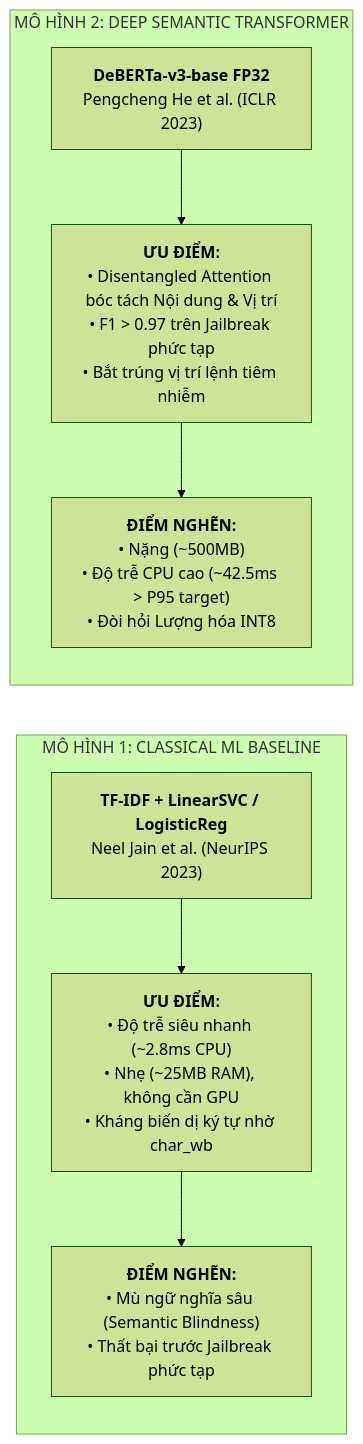
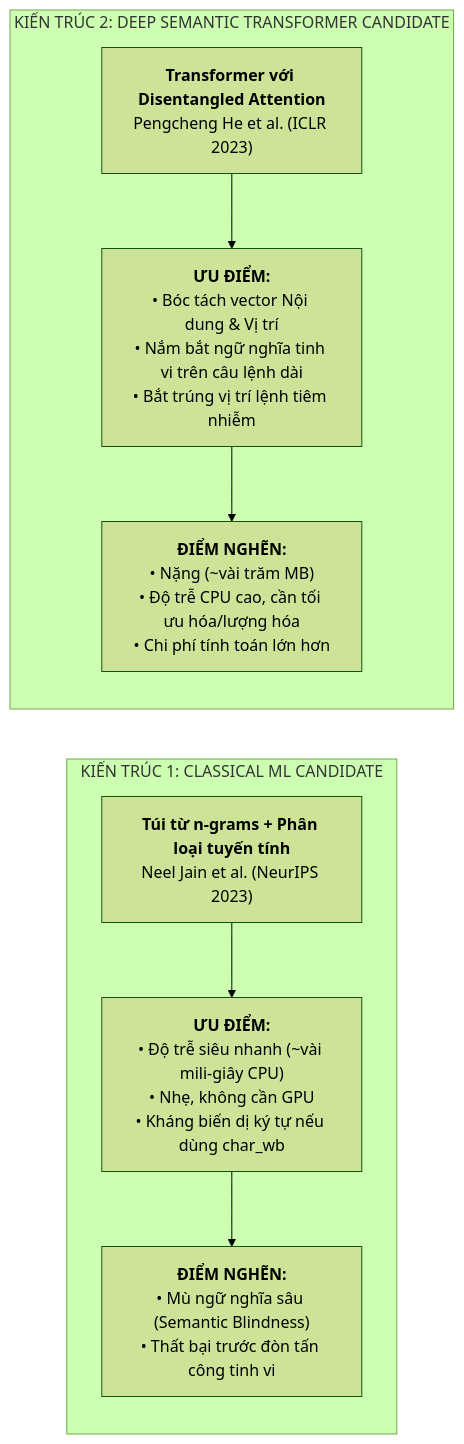
One commit to nvtruongops/pi-guard changed the second of 2 diagrams in workspaces/ducnq/doc/TASK_2_ATTACK_VECTORS_AND_MODELS.md. Above: the diagram before and after it, drawn with Mermaid (forest theme). The commit also changed other lines of this file and 2 other files, not shown here.

````diff
--- a/workspaces/ducnq/doc/TASK_2_ATTACK_VECTORS_AND_MODELS.md
+++ b/workspaces/ducnq/doc/TASK_2_ATTACK_VECTORS_AND_MODELS.md
@@ -59,18 +59,18 @@
 ```mermaid
 flowchart LR
-    subgraph M1 ["MÔ HÌNH 1: CLASSICAL ML BASELINE"]
+    subgraph M1 ["KIẾN TRÚC 1: CLASSICAL ML CANDIDATE"]
         direction TB
-        T1["<b>TF-IDF + LinearSVC / LogisticReg</b><br/>Neel Jain et al. (NeurIPS 2023)"]
-        P1["<b>ƯU ĐIỂM:</b><br/>• Độ trễ siêu nhanh (~2.8ms CPU)<br/>• Nhẹ (~25MB RAM), không cần GPU<br/>• Kháng biến dị ký tự nhờ char_wb"]
-        C1["<b>ĐIỂM NGHẼN:</b><br/>• Mù ngữ nghĩa sâu (Semantic Blindness)<br/>• Thất bại trước Jailbreak phức tạp"]
+        T1["<b>Túi từ n-grams + Phân loại tuyến tính</b><br/>Neel Jain et al. (NeurIPS 2023)"]
+        P1["<b>ƯU ĐIỂM:</b><br/>• Độ trễ siêu nhanh (~vài mili-giây CPU)<br/>• Nhẹ, không cần GPU<br/>• Kháng biến dị ký tự nếu dùng char_wb"]
+        C1["<b>ĐIỂM NGHẼN:</b><br/>• Mù ngữ nghĩa sâu (Semantic Blindness)<br/>• Thất bại trước đòn tấn công tinh vi"]
         T1 --> P1 --> C1
     end
 
-    subgraph M2 ["MÔ HÌNH 2: DEEP SEMANTIC TRANSFORMER"]
+    subgraph M2 ["KIẾN TRÚC 2: DEEP SEMANTIC TRANSFORMER CANDIDATE"]
         direction TB
-        T2["<b>DeBERTa-v3-base FP32</b><br/>Pengcheng He et al. (ICLR 2023)"]
-        P2["<b>ƯU ĐIỂM:</b><br/>• Disentangled Attention bóc tách Nội dung & Vị trí<br/>• F1 > 0.97 trên Jailbreak phức tạp<br/>• Bắt trúng vị trí lệnh tiêm nhiễm"]
-        C2["<b>ĐIỂM NGHẼN:</b><br/>• Nặng (~500MB)<br/>• Độ trễ CPU cao (~42.5ms > P95 target)<br/>• Đòi hỏi Lượng hóa INT8"]
+        T2["<b>Transformer với Disentangled Attention</b><br/>Pengcheng He et al. (ICLR 2023)"]
+        P2["<b>ƯU ĐIỂM:</b><br/>• Bóc tách vector Nội dung & Vị trí<br/>• Nắm bắt ngữ nghĩa tinh vi trên câu lệnh dài<br/>• Bắt trúng vị trí lệnh tiêm nhiễm"]
+        C2["<b>ĐIỂM NGHẼN:</b><br/>• Nặng (~vài trăm MB)<br/>• Độ trễ CPU cao, cần tối ưu hóa/lượng hóa<br/>• Chi phí tính toán lớn hơn"]
         T2 --> P2 --> C2
     end
 ```
````
